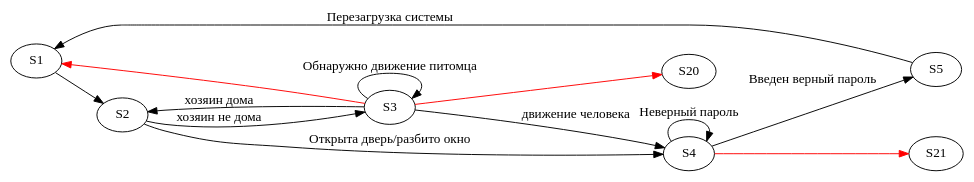
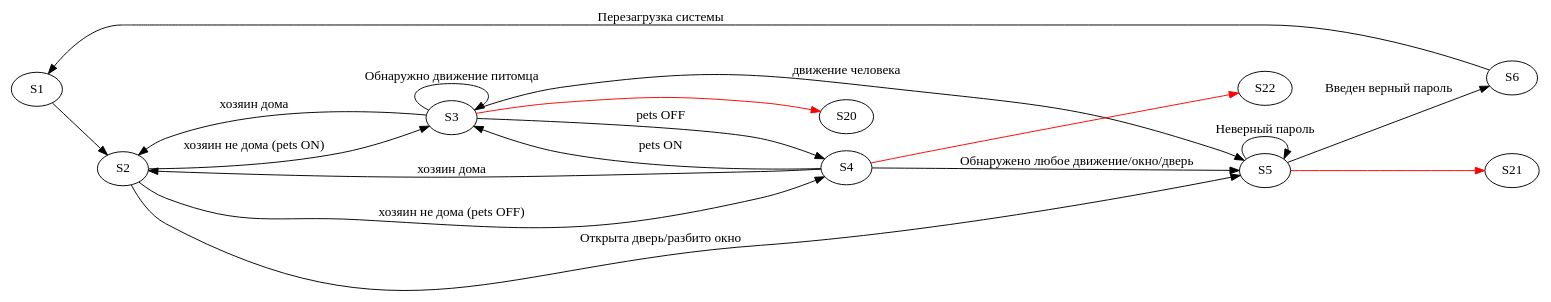
Before and after one commit to Dmitrryy/model-checking: the diagram in graph.dot, drawn with Graphviz.

Commit message:
Make graph more complicated

```diff
--- a/graph.dot
+++ b/graph.dot
@@ -1,35 +1,43 @@
 // Smart Home Security System
 digraph {
     /* set direction of graph to be left-->right */
     rankdir="LR";
 
     S1 // Отключено
     S2 // Включено (хозяева дома), сенсоры включены, нет нарушений
-    S3 // Включено (хозяева НЕ дома), сенсоры включены, нет нарушений
-    S4 // Зафиксировано проникновение, включение сирены
-    S5 // Отключение сирены после обнаруженного проникновения
+    S3 // Включено (хозяева НЕ дома), распознавание питомцев ON, сенсоры включены, нет нарушений
+    S4 // Включено (хозяева НЕ дома), распознавание питомцев OFF, сенсоры включены, нет нарушений
+    S5 // Зафиксировано проникновение, включение сирены
+    S6 // Отключение сирены после обнаруженного проникновения
     S20 // сенсоры сработали, но сигнализация по какой-то причине нет
-    S21 // отключение системы без аунтификации
+    S21 // отключение системы без аутентификация
+    S22 // pets OFF, но сигнализация не сработала на движение животного
 
     // TODO: DLC
-    // S10 // пожар обнаружен
+    // S4 // пожар обнаружен
 
     S1 -> S2
     
-    S2 -> S4 [label="Открыта дверь/разбито окно"]
+    S2 -> S5 [label="Открыта дверь/разбито окно"]
 
-    S3 -> S4 [label="движение человека"]
-    S4 -> S5 [label="Введен верный пароль"]
-    S4 -> S4 [label="Неверный пароль"]
+    S3 -> S5 [label="движение человека"]
+    S5 -> S6 [label="Введен верный пароль"]
+    S5 -> S5 [label="Неверный пароль"]
     
     S3 -> S3 [label="Обнаружно движение питомца"]
 
-    S5 -> S1 [label="Перезагрузка системы"]
+    S6 -> S1 [label="Перезагрузка системы"]
 
-    S2 -> S3 [label="хозяин не дома"]
+    S2 -> S3 [label="хозяин не дома (pets ON)"]
+    S2 -> S4 [label="хозяин не дома (pets OFF)"]
+    S4 -> S3 [label="pets ON"]
+    S3 -> S4 [label="pets OFF"]
+    S4 -> S2 [label="хозяин дома"]
+    S4 -> S5 [label="Обнаружено любое движение/окно/дверь"]
     S3 -> S2 [label="хозяин дома"]
 
-    S3->S1 [color=red]
+    // S3->S1 [color=red]
     S3->S20 [color=red]
-    S4->S21 [color=red]
+    S5->S21 [color=red]
+    S4->S22 [color=red]
 }
```
